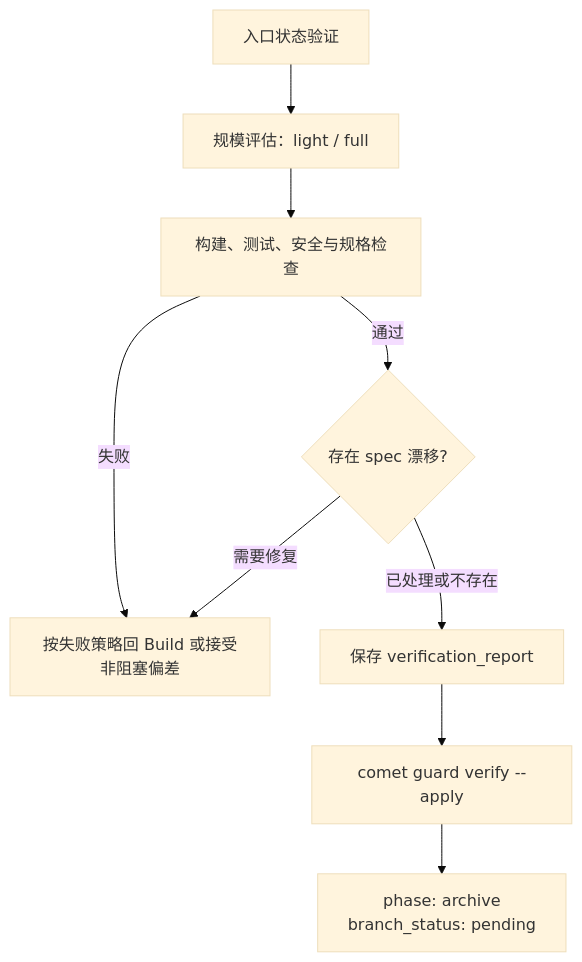
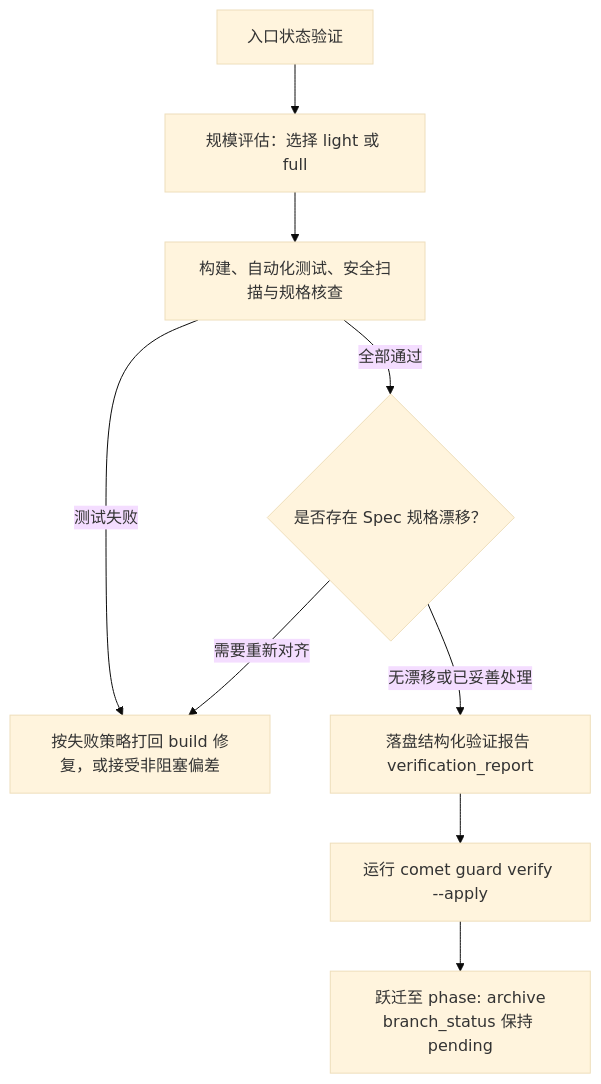
The diagram in zh/phases/verify.mdx (rpamis/comet-website-docs), drawn with Mermaid (base theme) before and after one commit. The commit also changed other lines of this file and 76 other files, not shown here.

````diff
--- a/zh/phases/verify.mdx
+++ b/zh/phases/verify.mdx
@@ -22,11 +22,11 @@
 ```mermaid
 flowchart TD
-    Entry["入口状态验证"] --> Scale["规模评估：light / full"]
-    Scale --> Checks["构建、测试、安全与规格检查"]
-    Checks -->|失败| Repair["按失败策略回 Build 或接受非阻塞偏差"]
-    Checks -->|通过| Drift{"存在 spec 漂移?"}
-    Drift -->|需要修复| Repair
-    Drift -->|已处理或不存在| Report["保存 verification_report"]
-    Report --> Guard["comet guard verify --apply"]
-    Guard --> Archive["phase: archive<br/>branch_status: pending"]
+    Entry["入口状态验证"] --> Scale["规模评估：选择 light 或 full"]
+    Scale --> Checks["构建、自动化测试、安全扫描与规格核查"]
+    Checks -->|测试失败| Repair["按失败策略打回 build 修复，或接受非阻塞偏差"]
+    Checks -->|全部通过| Drift{"是否存在 Spec 规格漂移？"}
+    Drift -->|需要重新对齐| Repair
+    Drift -->|无漂移或已妥善处理| Report["落盘结构化验证报告 verification_report"]
+    Report --> Guard["运行 comet guard verify --apply"]
+    Guard --> Archive["跃迁至 phase: archive<br/>branch_status 保持 pending"]
 ```
````
